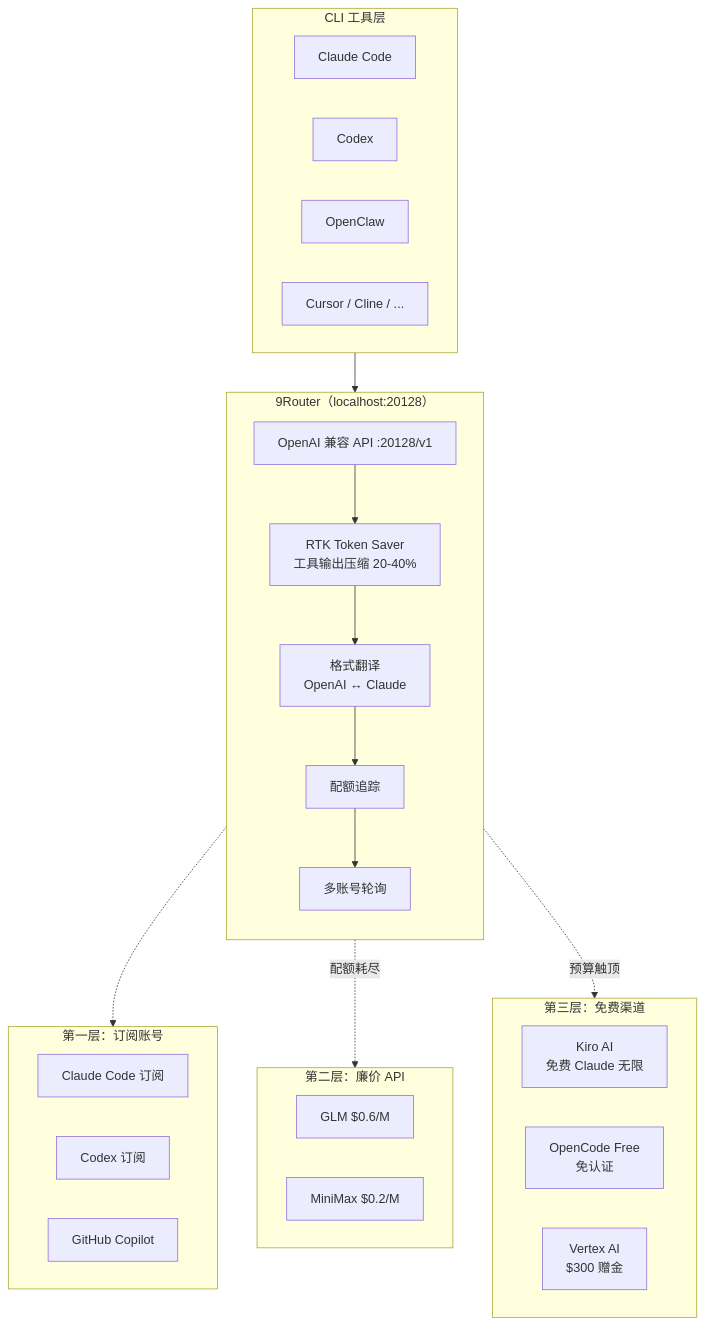
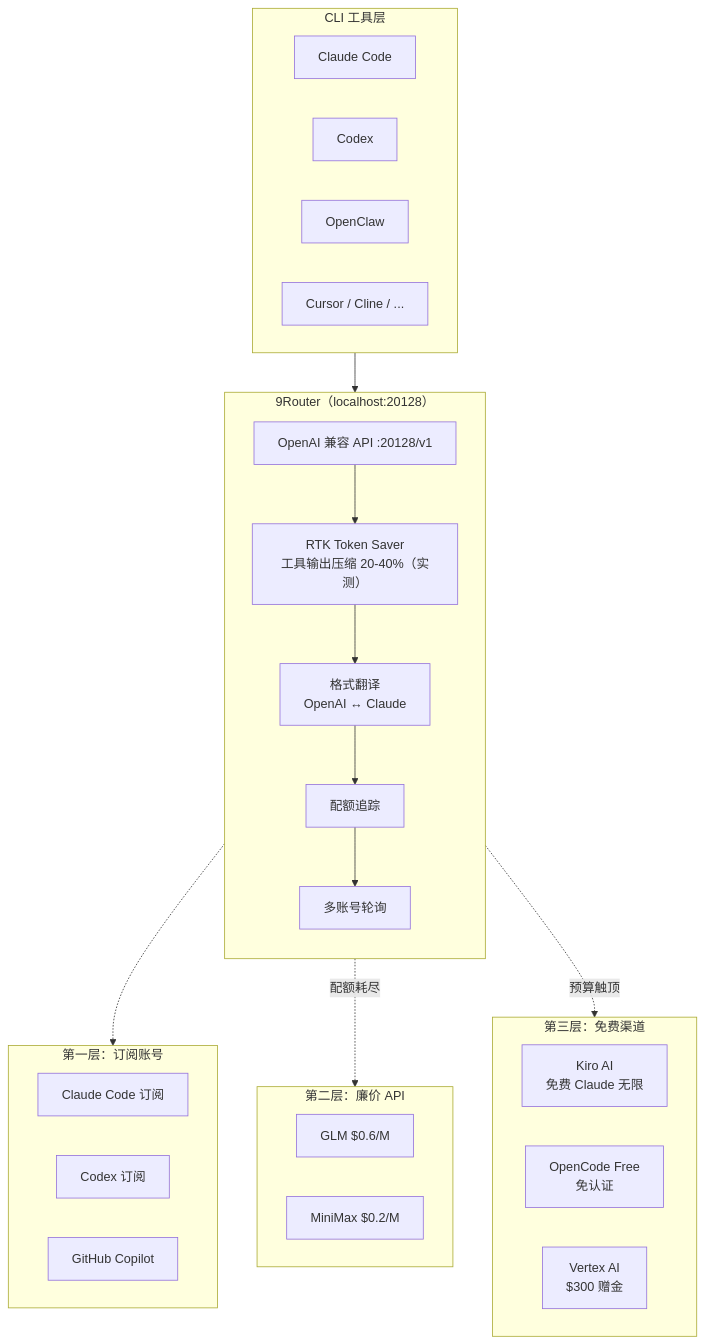
The diagram in content/posts/tech/9router-ultimate-router-guide.md (A1pha3/text-matrix), drawn with Mermaid before and after one commit. The commit also changed other lines of this file and 21 other files, not shown here.

````diff
--- a/content/posts/tech/9router-ultimate-router-guide.md
+++ b/content/posts/tech/9router-ultimate-router-guide.md
@@ -26,45 +56,45 @@
 ```mermaid
 flowchart TB
  subgraph CLI["CLI 工具层"]
  CC["Claude Code"]
  CX["Codex"]
  OC["OpenClaw"]
  CS["Cursor / Cline / ..."]
  end
 
  subgraph Router["9Router（localhost:20128）"]
  direction TB
  API["OpenAI 兼容 API :20128/v1"]
- RTK["RTK Token Saver<br/>工具输出压缩 20-40%"]
+ RTK["RTK Token Saver<br/>工具输出压缩 20-40%（实测）"]
  FMT["格式翻译<br/>OpenAI ↔ Claude"]
  QT["配额追踪"]
  LB["多账号轮询"]
 
  API --> RTK
  RTK --> FMT
  FMT --> QT
  QT --> LB
  end
 
  subgraph Tier1["第一层：订阅账号"]
  CCSub["Claude Code 订阅"]
  CXSub["Codex 订阅"]
  GHSub["GitHub Copilot"]
  end
 
  subgraph Tier2["第二层：廉价 API"]
  GLM["GLM $0.6/M"]
  MM["MiniMax $0.2/M"]
  end
 
  subgraph Tier3["第三层：免费渠道"]
  Kiro["Kiro AI<br/>免费 Claude 无限"]
  OpenCodeF["OpenCode Free<br/>免认证"]
  Vertex["Vertex AI<br/>$300 赠金"]
  end
 
  CLI --> API
  LB -.-> Tier1
  LB -.配额耗尽.-> Tier2
  LB -.预算触顶.-> Tier3
 ```
````
